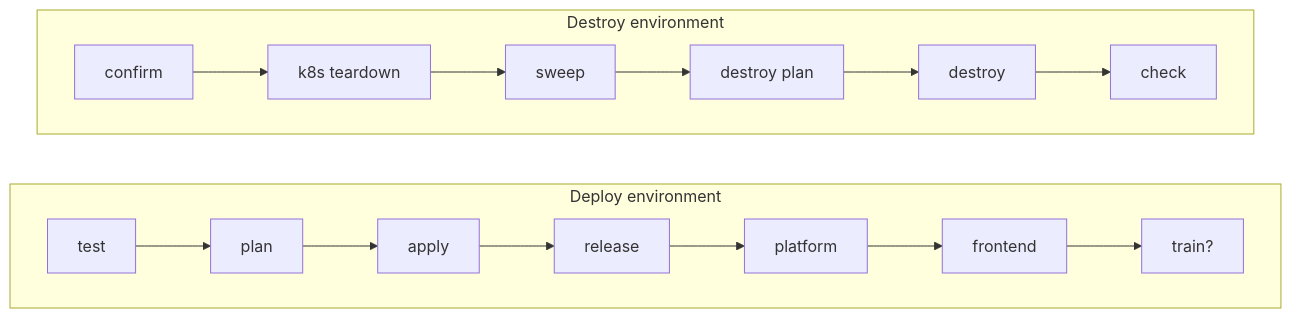
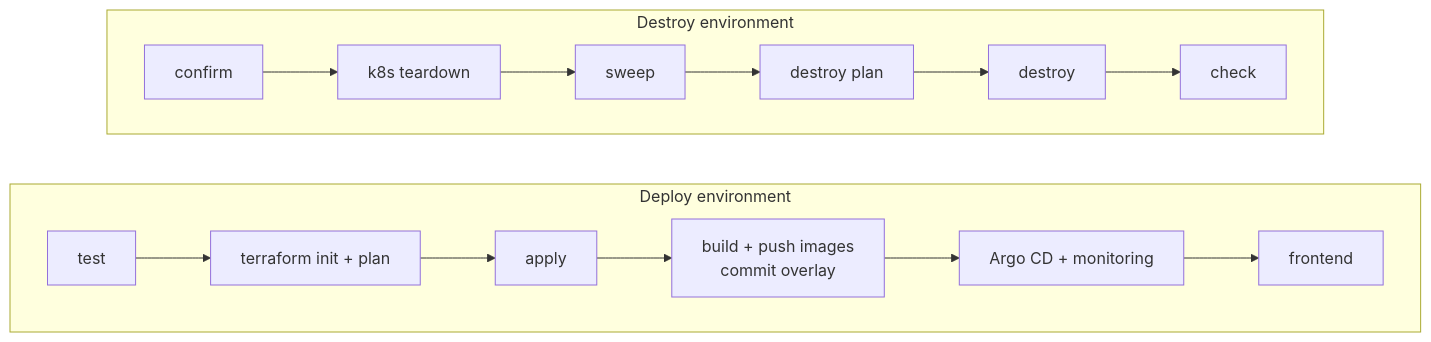
The second of 2 diagrams in README.md (bawantha395/workshop-stock-management-system-mlops), drawn with Mermaid before and after one commit. The commit also changed other lines of this file and 250 other files, not shown here.

````diff
--- a/README.md
+++ b/README.md
@@ -80,11 +85,11 @@
 ```mermaid
 flowchart LR
   subgraph deploy.yml [Deploy environment]
     direction LR
-    t[test] --> p[plan] --> a[apply] --> r[release] --> k[platform] --> f[frontend] --> m[train?]
+    t[test] --> p[terraform init + plan] --> a[apply] --> r[build + push images<br/>commit overlay] --> k[Argo CD + monitoring] --> f[frontend]
   end
   subgraph destroy.yml [Destroy environment]
     direction LR
     c[confirm] --> td[k8s teardown] --> s[sweep] --> dp[destroy plan] --> d[destroy] --> ch[check]
   end
 ```
````
